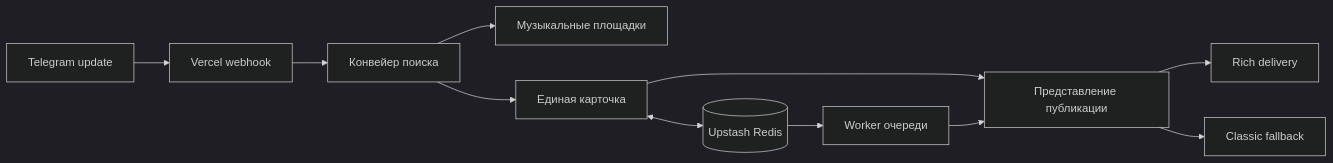
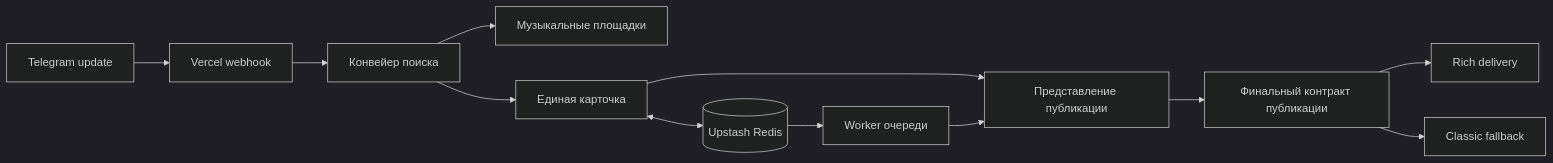
One commit to StonerHand/stonerhand-soundlinks-bot changed the diagram in README.ru.md. Above: the diagram before and after it, drawn with Mermaid (dark theme). The commit also changed other lines of this file and 25 other files, not shown here.

````diff
--- a/README.ru.md
+++ b/README.ru.md
@@ -102,13 +104,14 @@
 ```mermaid
 flowchart LR
     U[Telegram update] --> W[Vercel webhook]
     W --> P[Конвейер поиска]
     P --> S[Музыкальные площадки]
     P --> D[Единая карточка]
     D --> V[Представление публикации]
-    V --> R[Rich delivery]
-    V --> C[Classic fallback]
+    V --> G[Финальный контракт публикации]
+    G --> R[Rich delivery]
+    G --> C[Classic fallback]
     D <--> K[(Upstash Redis)]
     K --> Q[Worker очереди]
     Q --> V
 ```
````
